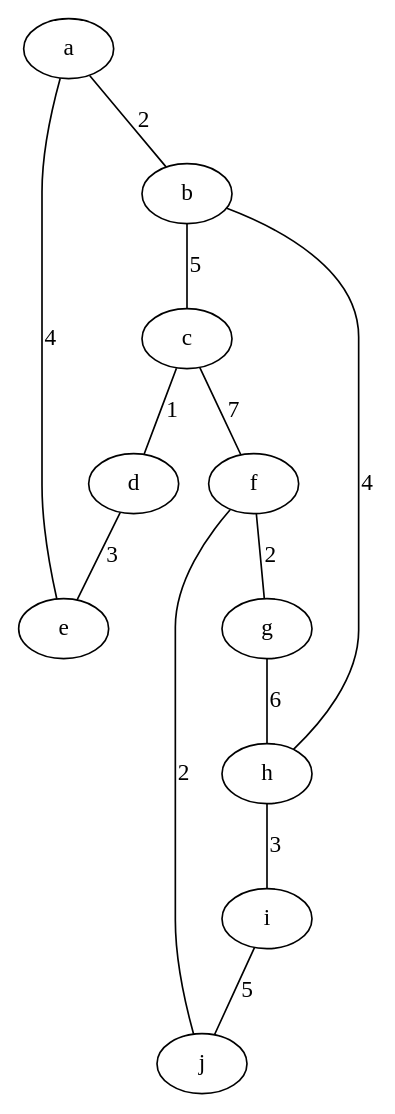
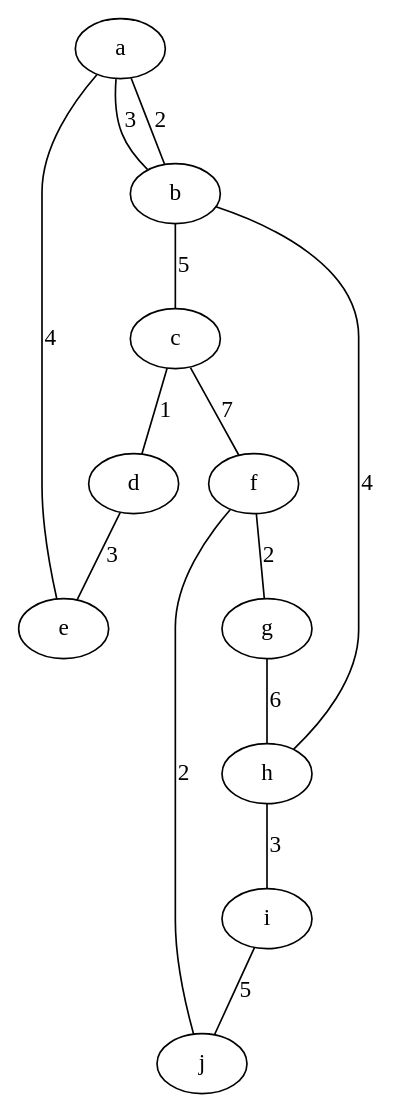
Before and after one commit to MarcosBB/exercicios-grafos: the diagram in graphs/graph3.dot, drawn with Graphviz. The commit also changed 1 other file, not shown here.

```diff
--- a/graphs/graph3.dot
+++ b/graphs/graph3.dot
@@ -1,22 +1,23 @@
 graph Graph3 {
   // nós (letras)
   a; b; c; d; e; f; g; h; i; j;
 
   // ciclo 1 (a-b-c-d-e-a)
   a -- b [label=2];
+  a -- b [label=3];  // aresta duplicada para testar
   b -- c [label=5];
   c -- d [label=1];
   d -- e [label=3];
   e -- a [label=4];
 
   // ciclo 2 (f-g-h-i-j-f)
   f -- g [label=2];
   g -- h [label=6];
   h -- i [label=3];
   i -- j [label=5];
   j -- f [label=2];
 
   // arestas que conectam os ciclos (garante que não seja uma árvore)
   c -- f [label=7];
   b -- h [label=4];
 }
```
